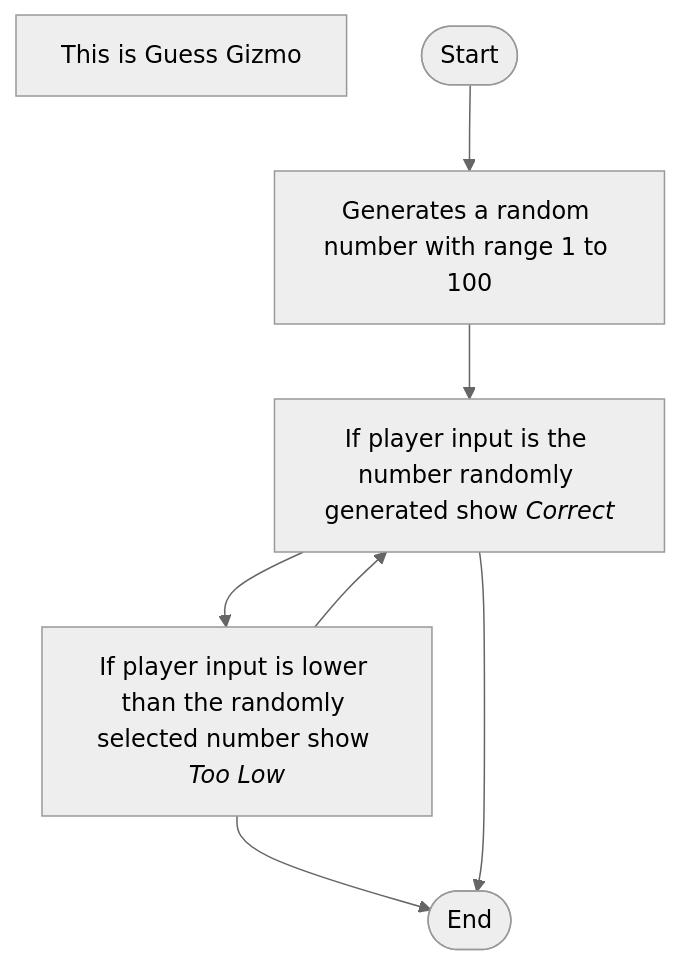
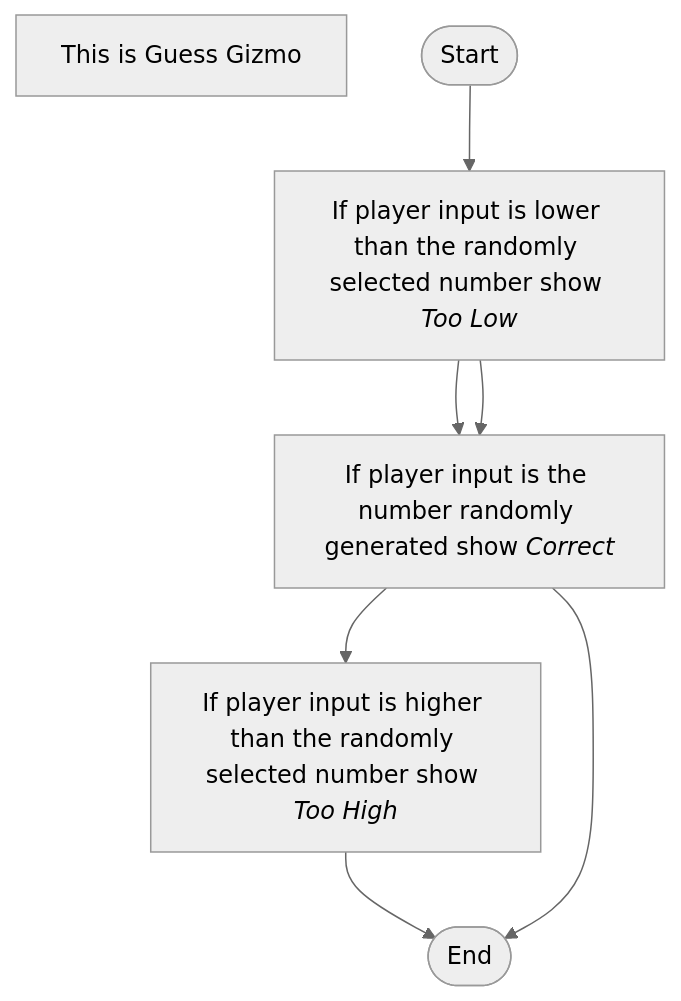
Before and after one commit to AFreeman2025/AFreeman2025.github.io: the diagram in Guessing.md, drawn with Mermaid (neutral theme).

Commit message:
Guessing.md

````diff
--- a/Guessing.md
+++ b/Guessing.md
@@ -1,10 +1,10 @@
 ```mermaid
 flowchart TD
 id[This is Guess Gizmo]
 Start([Start]) --> newLines["`Generates a random number with range 1 to 100`"] -->
 NODE_STRING["`If player is incorrect shows _Incorrect_`"] --> 
 COMMA["`If player input is higher than the randomly selected number show _Too High_`"] --> End([End])
-COMMA["`If player input is lower than the randomly selected number show _Too Low_`"] -->
+newLines["`If player input is lower than the randomly selected number show _Too Low_`"] -->
 NODE_STRING["`If player input is the number randomly generated show _Correct_`"] -->
 End([End])
 ```
````
